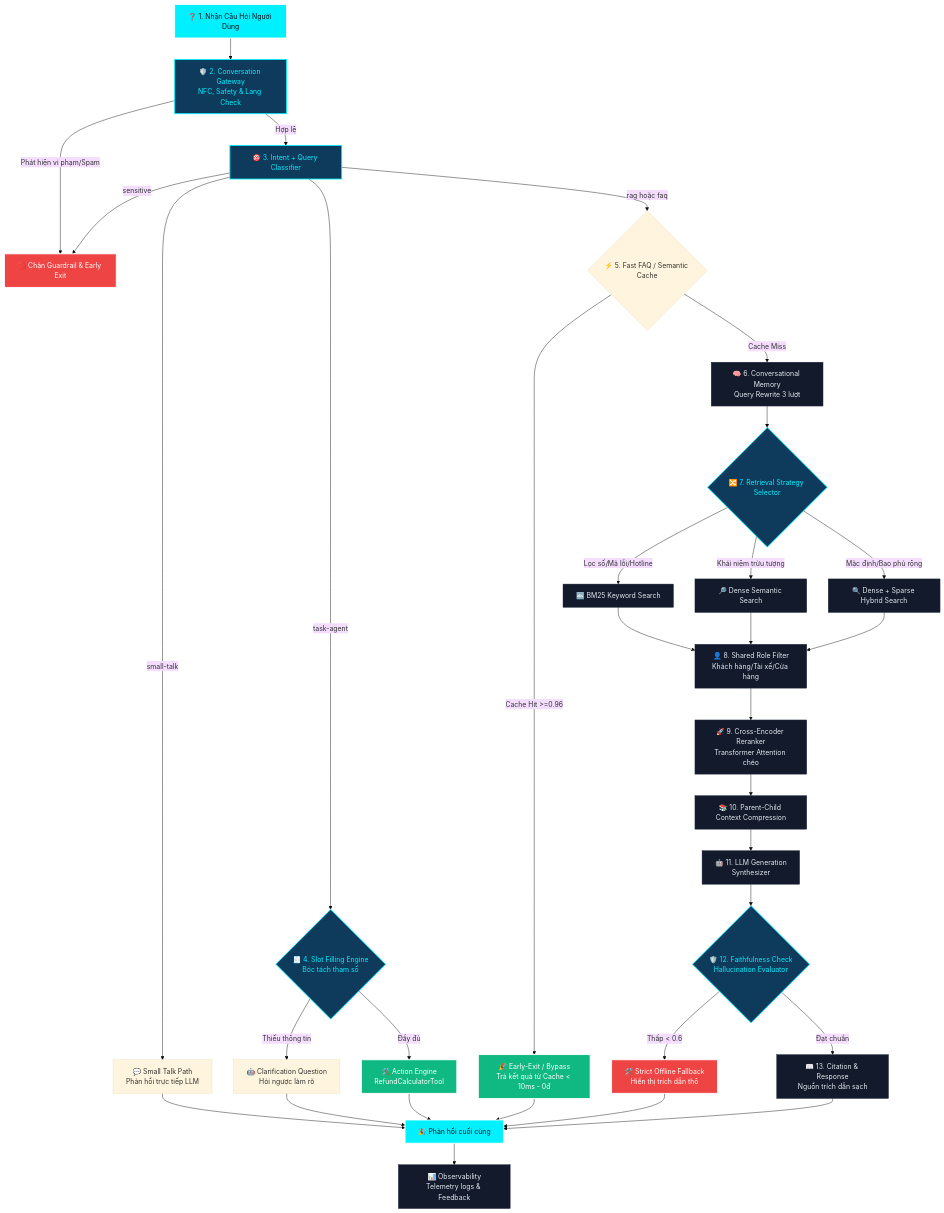
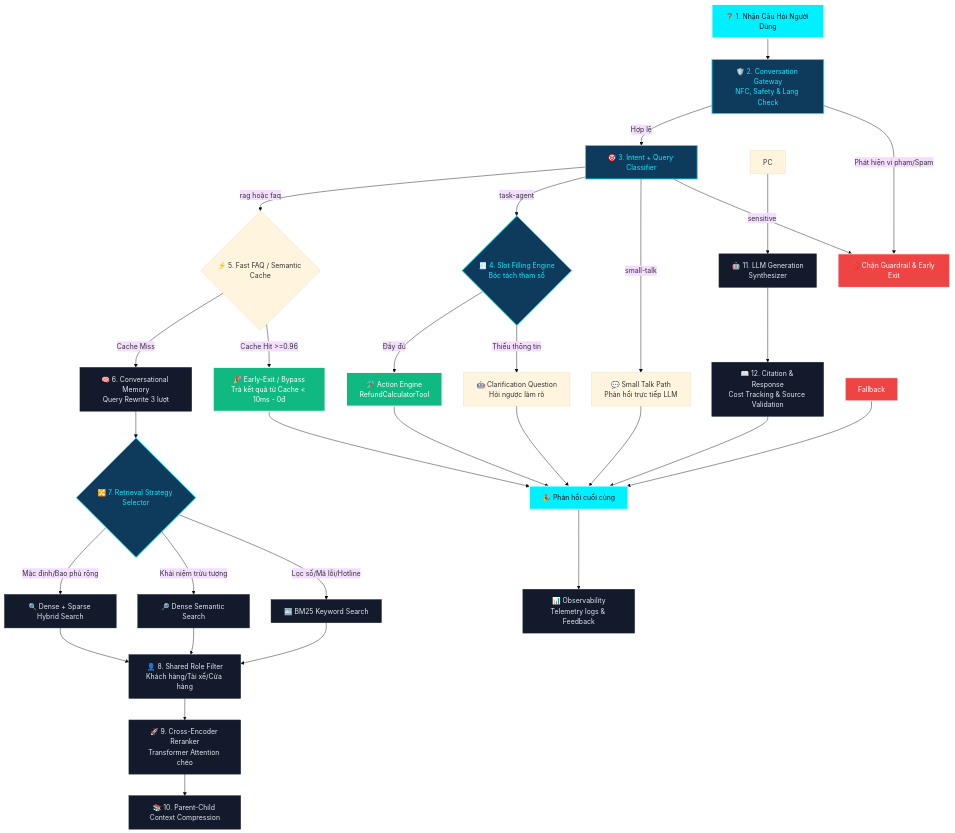
Before and after one commit to dungltcn272/XANH_SM_AI_ASSISTANT_V1: the diagram in MINDSET.md, drawn with Mermaid (base theme). The commit also changed other lines of this file and 3 other files, not shown here.

````diff
--- a/MINDSET.md
+++ b/MINDSET.md
@@ -27,51 +27,48 @@
 ```mermaid
 graph TD
     %% Nodes
     Q[❓ 1. Nhận Câu Hỏi Người Dùng] --> GW[🛡️ 2. Conversation Gateway<br>NFC, Safety & Lang Check]
     
     GW -->|Phát hiện vi phạm/Spam| Block[🚫 Chặn Guardrail & Early Exit]
     GW -->|Hợp lệ| Classify[🎯 3. Intent + Query Classifier]
     
     Classify -->|sensitive| Block
     Classify -->|small-talk| SmallTalk[💬 Small Talk Path<br>Phản hồi trực tiếp LLM]
     Classify -->|task-agent| SlotFilling{🧾 4. Slot Filling Engine<br>Bóc tách tham số}
     Classify -->|rag hoặc faq| CacheCheck{⚡ 5. Fast FAQ / Semantic Cache}
     
     SlotFilling -->|Thiếu thông tin| Clarify[🤖 Clarification Question<br>Hỏi ngược làm rõ]
     SlotFilling -->|Đầy đủ| Tool[🛠️ Action Engine<br>RefundCalculatorTool]
     
     CacheCheck -->|Cache Hit >=0.96| FastReturn[🎉 Early-Exit / Bypass<br>Trả kết quả từ Cache < 10ms - 0đ]
     CacheCheck -->|Cache Miss| Rewrite[🧠 6. Conversational Memory<br>Query Rewrite 3 lượt]
     
     Rewrite --> Strategy{🔀 7. Retrieval Strategy Selector}
     
     Strategy -->|Lọc số/Mã lỗi/Hotline| BM25_Path[🔤 BM25 Keyword Search]
     Strategy -->|Khái niệm trừu tượng| Dense_Path[🔎 Dense Semantic Search]
     Strategy -->|Mặc định/Bao phủ rộng| Hybrid_Path[🔍 Dense + Sparse Hybrid Search]
     
     BM25_Path & Dense_Path & Hybrid_Path --> SG[👤 8. Shared Role Filter<br>Khách hàng/Tài xế/Cửa hàng]
     
     SG --> Rerank[🚀 9. Cross-Encoder Reranker<br>Transformer Attention chéo]
     Rerank --> ParentChild[📚 10. Parent-Child Context Compression]
-    ParentChild --> LLM[🤖 11. LLM Generation<br>Synthesizer]
-    LLM --> Faith{🛡️ 12. Faithfulness Check<br>Hallucination Evaluator}
-    
-    Faith -->|Thấp < 0.6| Fallback[🛠️ Strict Offline Fallback<br>Hiển thị trích dẫn thô]
-    Faith -->|Đạt chuẩn| Citation[📖 13. Citation & Response<br>Nguồn trích dẫn sạch]
-    
+    PC --> LLM[🤖 11. LLM Generation<br>Synthesizer]
+    LLM --> Citation[📖 12. Citation & Response<br>Cost Tracking & Source Validation]
+
     SmallTalk & Clarify & Tool & FastReturn & Fallback & Citation --> Final[🎉 Phản hồi cuối cùng]
     Final --> Obs[📊 Observability<br>Telemetry logs & Feedback]
 
     %% Styles
     classDef highlight fill:#00f0ff,stroke:#ffffff,stroke-width:2px,color:#0c101b;
     classDef security fill:#0e3a5c,stroke:#00f0ff,stroke-width:2px,color:#00f0ff;
     classDef standard fill:#131a2b,stroke:#1e293b,stroke-width:1px,color:#e2e8f0;
     classDef cacheHit fill:#10b981,stroke:#ffffff,stroke-width:2px,color:#ffffff;
     classDef errorRed fill:#ef4444,stroke:#ffffff,stroke-width:2px,color:#ffffff;
     
     class Q,Final highlight;
     class FastReturn,Tool cacheHit;
     class Block,Fallback errorRed;
     class GW,Classify,SlotFilling,Strategy,Faith security;
     class Rewrite,BM25_Path,Dense_Path,Hybrid_Path,SG,Rerank,ParentChild,LLM,Citation,Obs standard;
 ```
````
